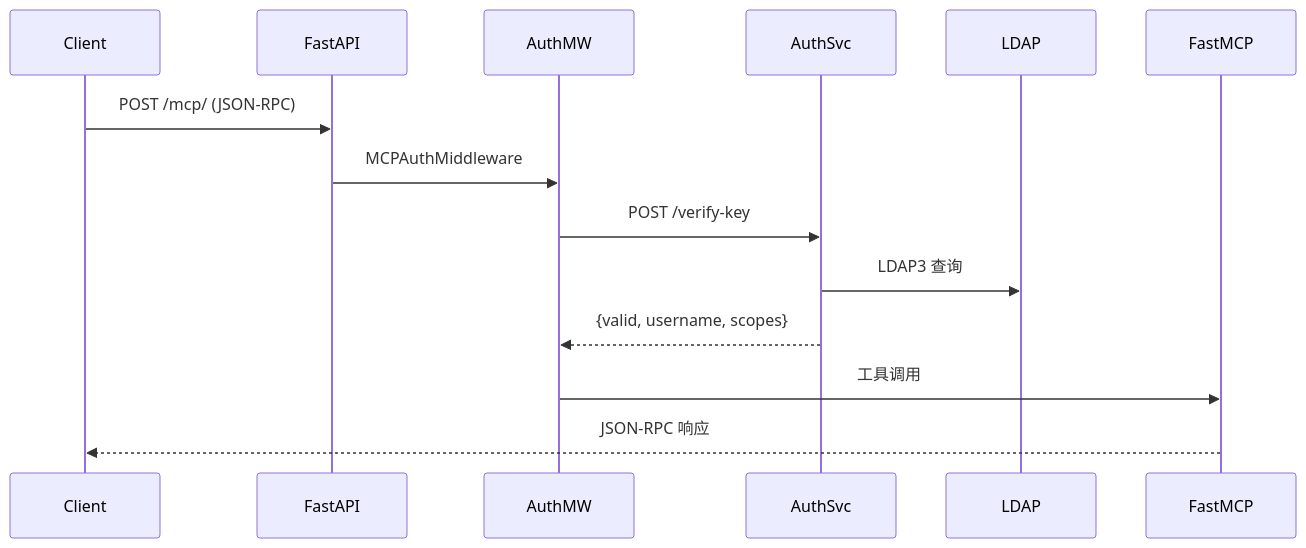
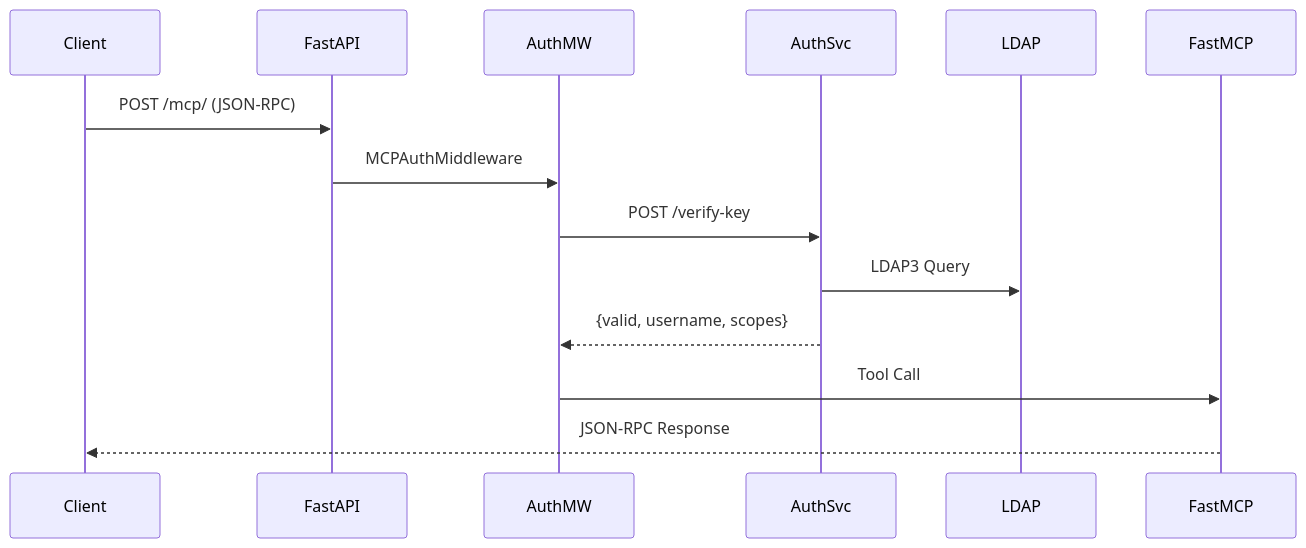
The second of 4 diagrams in slides.md (hanx-hep/ihep-mcp-slides), drawn with Mermaid before and after one commit. The commit also changed other lines of this file, not shown here.

````diff
--- a/slides.md
+++ b/slides.md
@@ -93,10 +93,10 @@
 ```mermaid {scale: 0.6}
 sequenceDiagram
     Client->>FastAPI: POST /mcp/ (JSON-RPC)
     FastAPI->>AuthMW: MCPAuthMiddleware
     AuthMW->>AuthSvc: POST /verify-key
-    AuthSvc->>LDAP: LDAP3 查询
+    AuthSvc->>LDAP: LDAP3 Query
     AuthSvc-->>AuthMW: {valid, username, scopes}
-    AuthMW->>FastMCP: 工具调用
-    FastMCP-->>Client: JSON-RPC 响应
+    AuthMW->>FastMCP: Tool Call
+    FastMCP-->>Client: JSON-RPC Response
 ```
````
